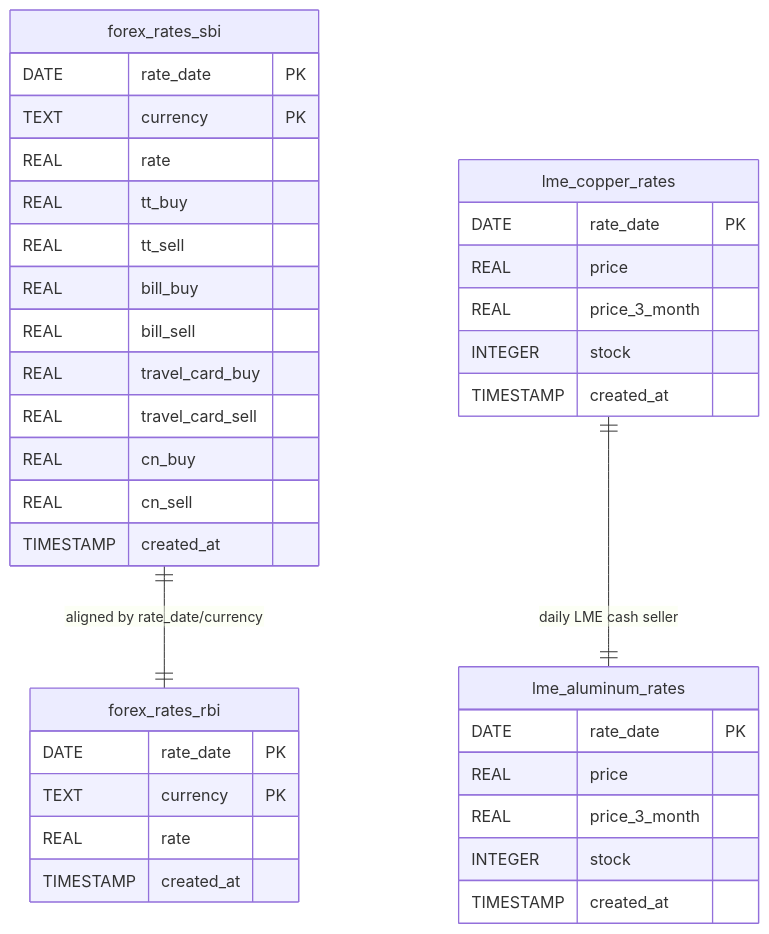
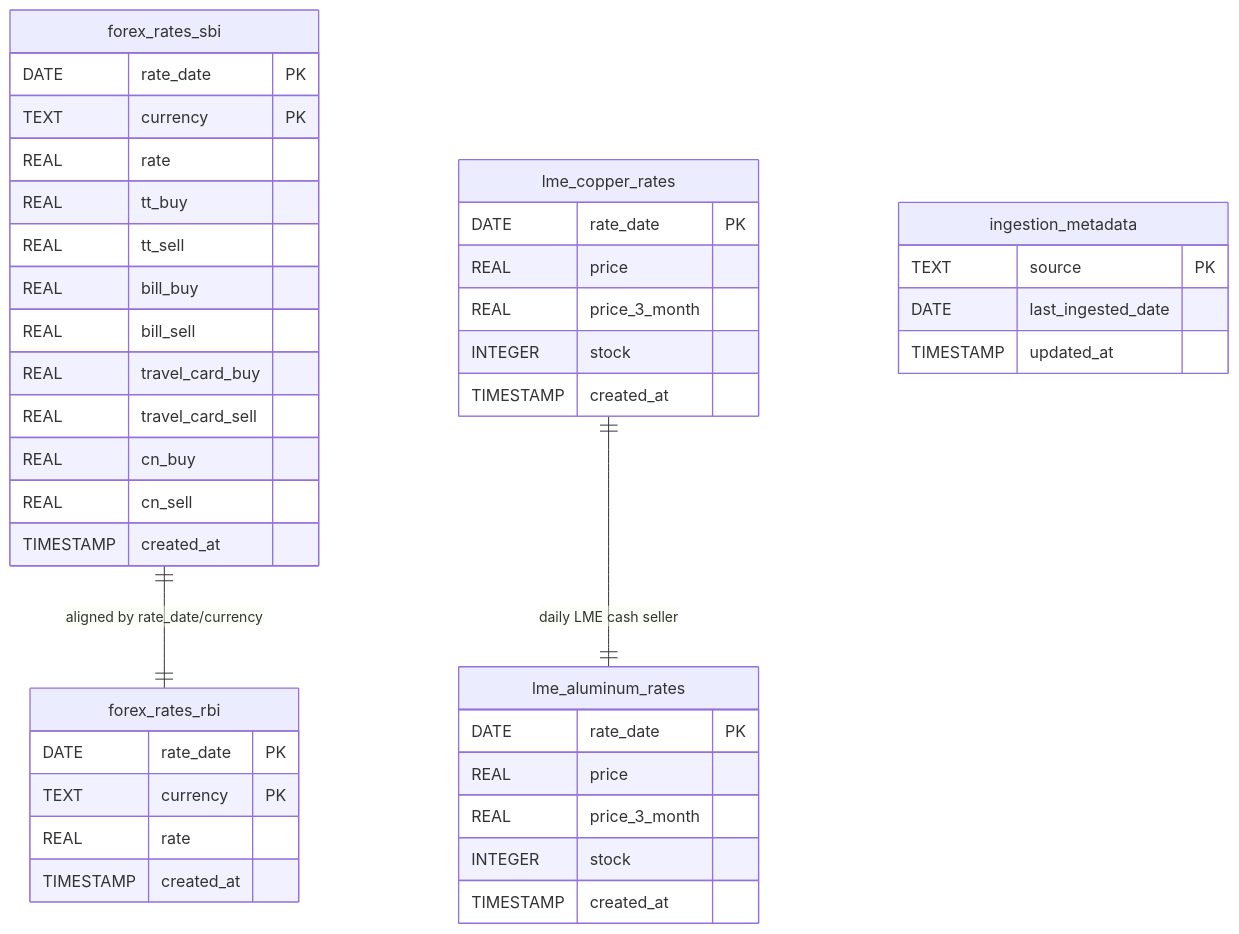
Before and after one commit to vindagollc/fx-bharat: the diagram in README.md, drawn with Mermaid. The commit also changed other lines of this file and 1688 other files, not shown here.

````diff
--- a/README.md
+++ b/README.md
@@ -171,39 +171,44 @@
 ```mermaid
 erDiagram
     forex_rates_rbi {
         DATE rate_date PK
         TEXT currency PK
         REAL rate
         TIMESTAMP created_at
     }
     forex_rates_sbi {
         DATE rate_date PK
         TEXT currency PK
         REAL rate
         REAL tt_buy
         REAL tt_sell
         REAL bill_buy
         REAL bill_sell
         REAL travel_card_buy
         REAL travel_card_sell
         REAL cn_buy
         REAL cn_sell
         TIMESTAMP created_at
     }
     lme_copper_rates {
         DATE rate_date PK
         REAL price
         REAL price_3_month
         INTEGER stock
         TIMESTAMP created_at
     }
     lme_aluminum_rates {
         DATE rate_date PK
         REAL price
         REAL price_3_month
         INTEGER stock
         TIMESTAMP created_at
     }
+    ingestion_metadata {
+        TEXT source PK
+        DATE last_ingested_date
+        TIMESTAMP updated_at
+    }
     forex_rates_sbi ||--|| forex_rates_rbi : "aligned by rate_date/currency"
     lme_copper_rates ||--|| lme_aluminum_rates : "daily LME cash seller"
 ```
````
